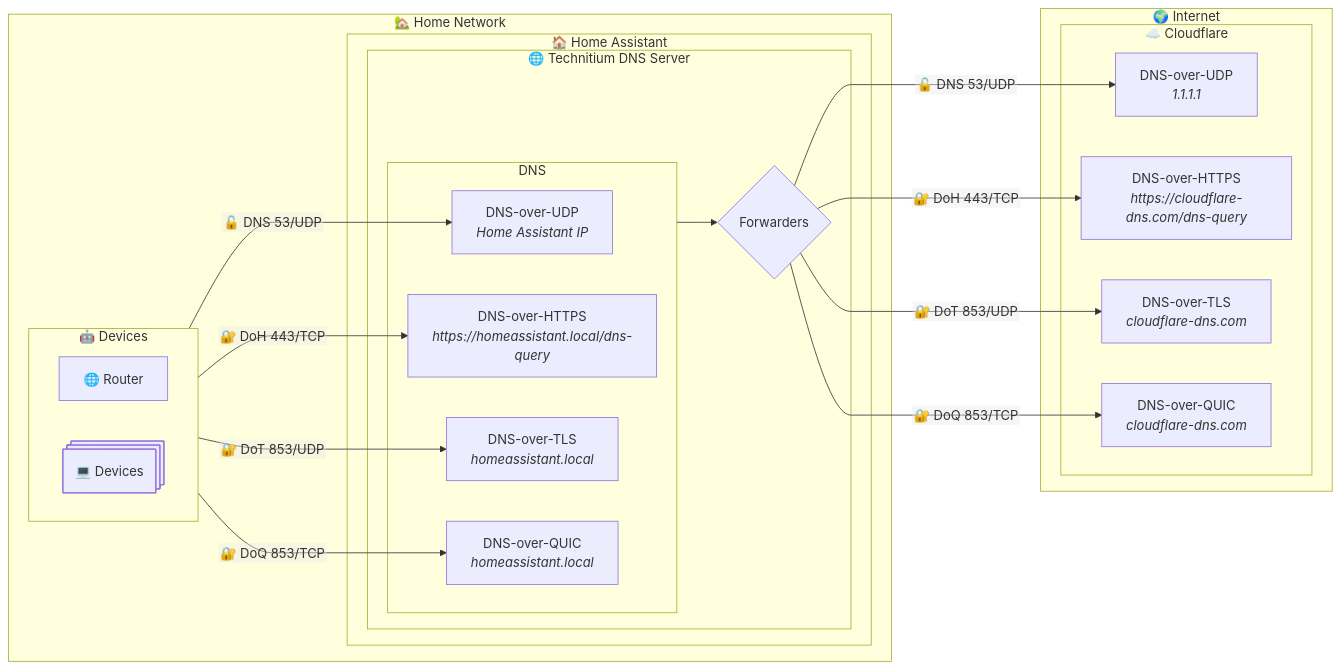
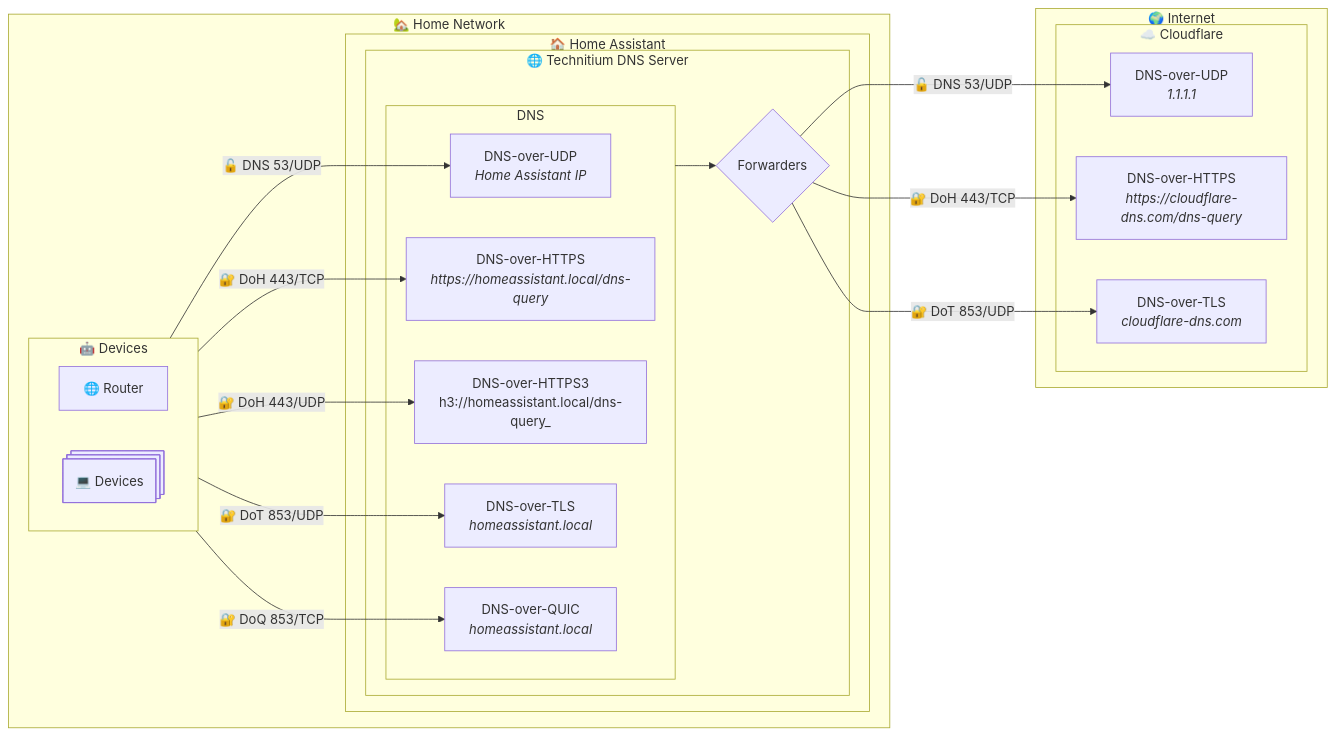
Before and after one commit to staerk-ha-addons/repository-edge: the diagram in technitium-dns/DOCS.md, drawn with Mermaid. The commit also changed other lines of this file and 3 other files, not shown here.

````diff
--- a/technitium-dns/DOCS.md
+++ b/technitium-dns/DOCS.md
@@ -38,61 +38,61 @@
 ```mermaid
-%%{init: {"flowchart": {"htmlLabels": false, 'curve': 'monotoneX'}} }%%
 flowchart LR
     subgraph Local ["🏡 Home Network"]
       subgraph LAN ["🤖 Devices"]
         direction LR
         R@{ shape: rect, label: "🌐 Router" }
         D@{ shape: processes, label: "💻 Devices" }
       end
       subgraph HA ["🏠 Home Assistant"]
         subgraph AO["🌐 Technitium DNS Server"]
             subgraph DNS["DNS"]
             DNS53["`
               DNS-over-UDP
               _Home Assistant IP_
             `"]
             DNSDoH["`
               DNS-over-HTTPS
               _https:&sol;&sol;homeassistant.local/dns-query_
+            `"]
+            DNSDoH3["`
+              DNS-over-HTTPS3
+              h3:&sol;&sol;homeassistant.local/dns-query_
             `"]
             DNSDoT["`DNS-over-TLS
               _homeassistant.local_
             `"]
             DNSDoQ["`DNS-over-QUIC
               _homeassistant.local_
             `"]
         end
             F{"Forwarders"}
         end
       end
     end
 
     subgraph WAN ["🌍 Internet"]
       subgraph CF ["☁️ Cloudflare"]
           CFS53["`
             DNS-over-UDP
             _1.1.1.1_
           `"]
           CFSDoH["`
             DNS-over-HTTPS
             _https:&sol;&sol;cloudflare-dns.com/dns-query_
           `"]
             CFSDoT["`DNS-over-TLS
             _cloudflare-dns.com_
           `"]
-            CFSDoQ["`DNS-over-QUIC
-            _cloudflare-dns.com_
-          `"]
       end
     end
 
   LAN --> |"🔓 DNS 53/UDP"| DNS53
   LAN --> |"🔐 DoH 443/TCP"| DNSDoH
+  LAN --> |"🔐 DoH 443/UDP"| DNSDoH3
+  LAN --> |"🔐 DoQ 853/TCP"| DNSDoQ
   LAN --> |"🔐 DoT 853/UDP"| DNSDoT
-  LAN --> |"🔐 DoQ 853/TCP"| DNSDoQ
   DNS --> F
   F --> |"🔓 DNS 53/UDP"| CFS53
   F --> |"🔐 DoH 443/TCP"| CFSDoH
   F --> |"🔐 DoT 853/UDP"| CFSDoT
-  F --> |"🔐 DoQ 853/TCP"| CFSDoQ
 ```
````
